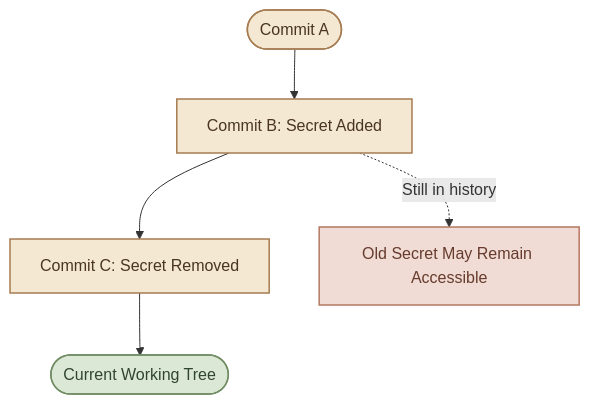
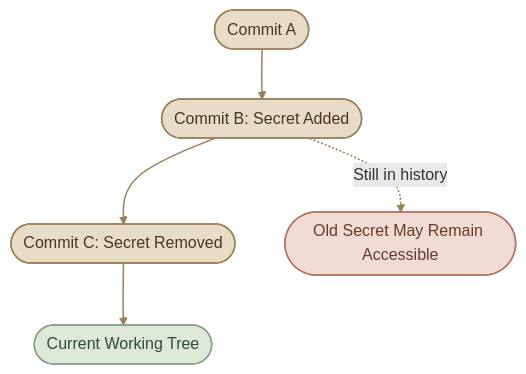
One commit to mustafammasoud/ops-handbook changed the second of 5 diagrams in content/version-control/Git and GitHub/git-security-and-troubleshooting.mdx. Above: the diagram before and after it, drawn with Mermaid. The commit also changed other lines of this file and 17 other files, not shown here.

````diff
--- a/content/version-control/Git and GitHub/git-security-and-troubleshooting.mdx
+++ b/content/version-control/Git and GitHub/git-security-and-troubleshooting.mdx
@@ -272,16 +288,18 @@
 ```mermaid
 flowchart TD
-    A(["Commit A"]) --> B["Commit B: Secret Added"]
-    B --> C["Commit C: Secret Removed"]
+    A(["Commit A"]) --> B(["Commit B: Secret Added"])
+    B --> C(["Commit C: Secret Removed"])
     C --> D(["Current Working Tree"])
 
-    B -. "Still in history" .-> E["Old Secret May Remain Accessible"]
+    B -. "Still in history" .-> E(["Old Secret May Remain Accessible"])
 
-    classDef normal fill:#f4e8d2,stroke:#a67c52,color:#493522,stroke-width:1.5px;
-    classDef danger fill:#f0dcd4,stroke:#b47762,color:#663b2d,stroke-width:1.5px;
-    classDef current fill:#dce8d6,stroke:#718d64,color:#30452d,stroke-width:1.5px;
+    classDef normal fill:#E7DCC8,stroke:#9B8059,color:#493722,stroke-width:1.5px
+    classDef danger fill:#f0dcd4,stroke:#b47762,color:#663b2d,stroke-width:1.5px
+    classDef current fill:#DDE8D8,stroke:#8AA184,color:#344B38,stroke-width:1.5px
 
     class A,B,C normal;
     class D current;
     class E danger;
+
+    linkStyle default stroke:#9B8059,stroke-width:1.5px
 ```
````
